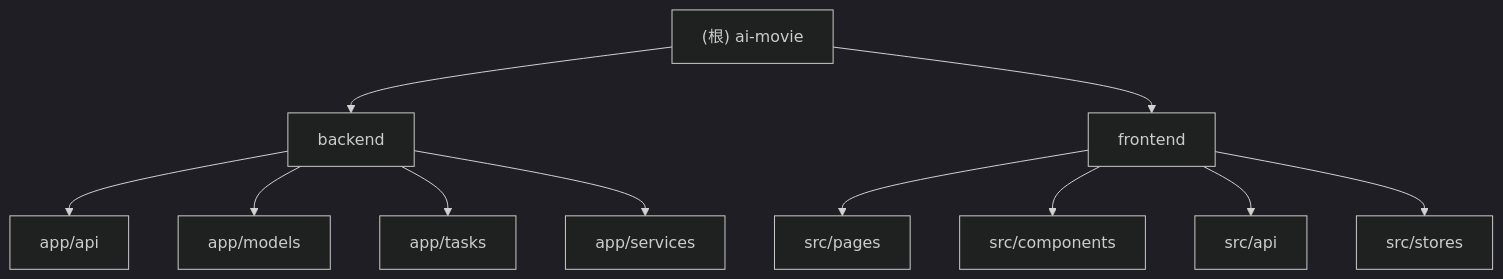
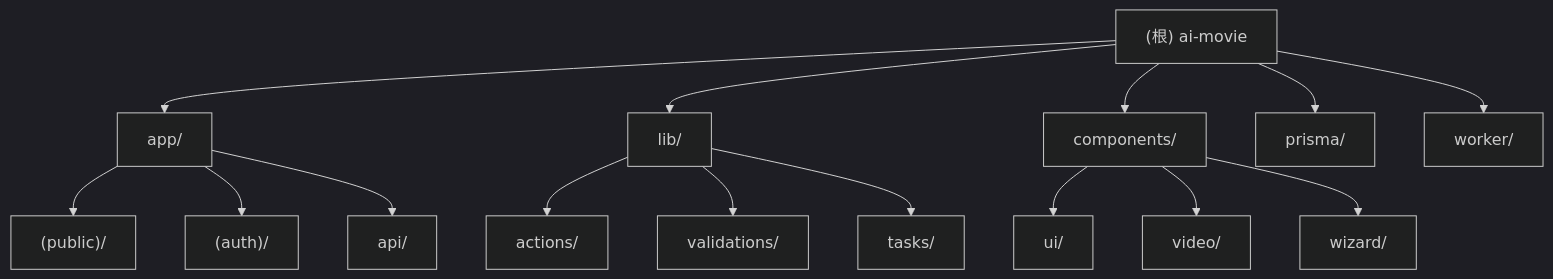
Before and after one commit to qqzhangyanhua/ai-movie: the diagram in CLAUDE.md, drawn with Mermaid (dark theme). The commit also changed other lines of this file and 1 other file, not shown here.

````diff
--- a/CLAUDE.md
+++ b/CLAUDE.md
@@ -33,18 +35,20 @@
 ```mermaid
 graph TD
-    A["(根) ai-movie"] --> B["backend"];
-    A --> C["frontend"];
+    A["(根) ai-movie"] --> B["app/"];
+    A --> C["lib/"];
+    A --> D["components/"];
+    A --> E["prisma/"];
+    A --> F["worker/"];
 
-    B --> B1["app/api"];
-    B --> B2["app/models"];
-    B --> B3["app/tasks"];
-    B --> B4["app/services"];
+    B --> B1["(public)/"];
+    B --> B2["(auth)/"];
+    B --> B3["api/"];
 
-    C --> C1["src/pages"];
-    C --> C2["src/components"];
-    C --> C3["src/api"];
-    C --> C4["src/stores"];
+    C --> C1["actions/"];
+    C --> C2["validations/"];
+    C --> C3["tasks/"];
 
-    click B "./backend/CLAUDE.md" "查看 backend 模块文档"
-    click C "./frontend/CLAUDE.md" "查看 frontend 模块文档"
+    D --> D1["ui/"];
+    D --> D2["video/"];
+    D --> D3["wizard/"];
 ```
````
